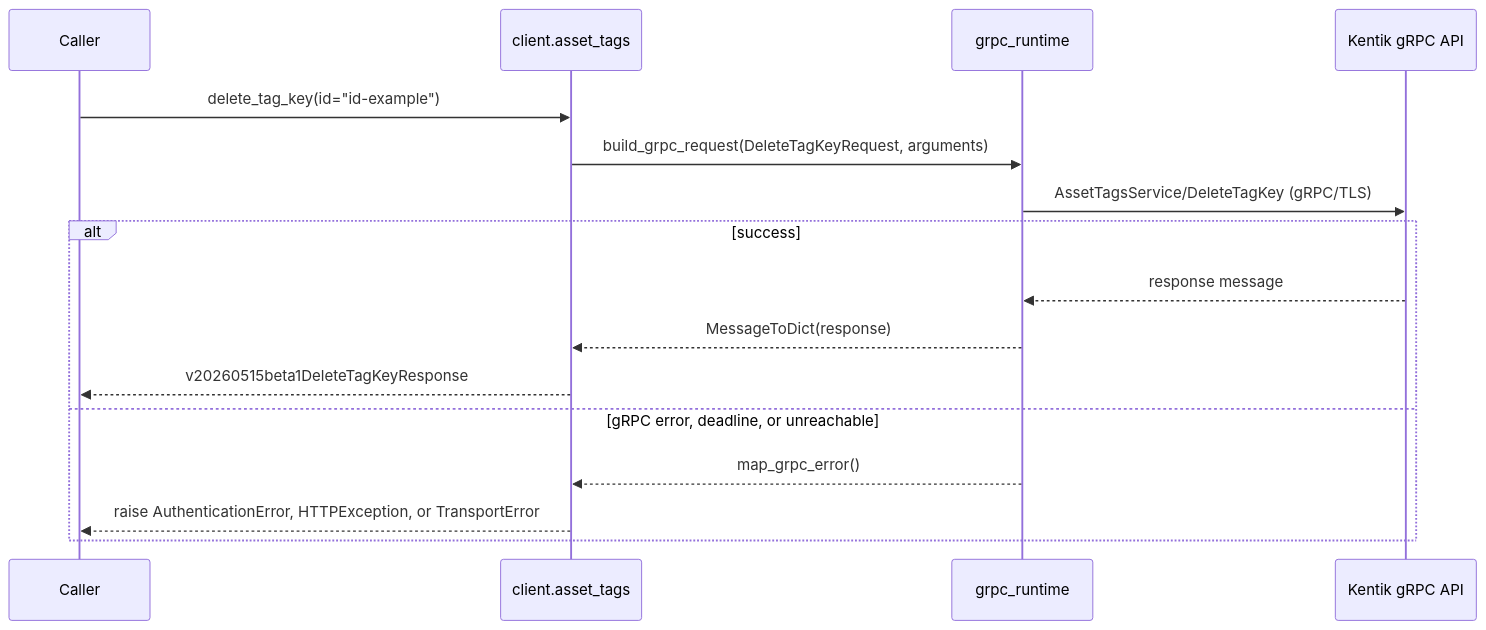
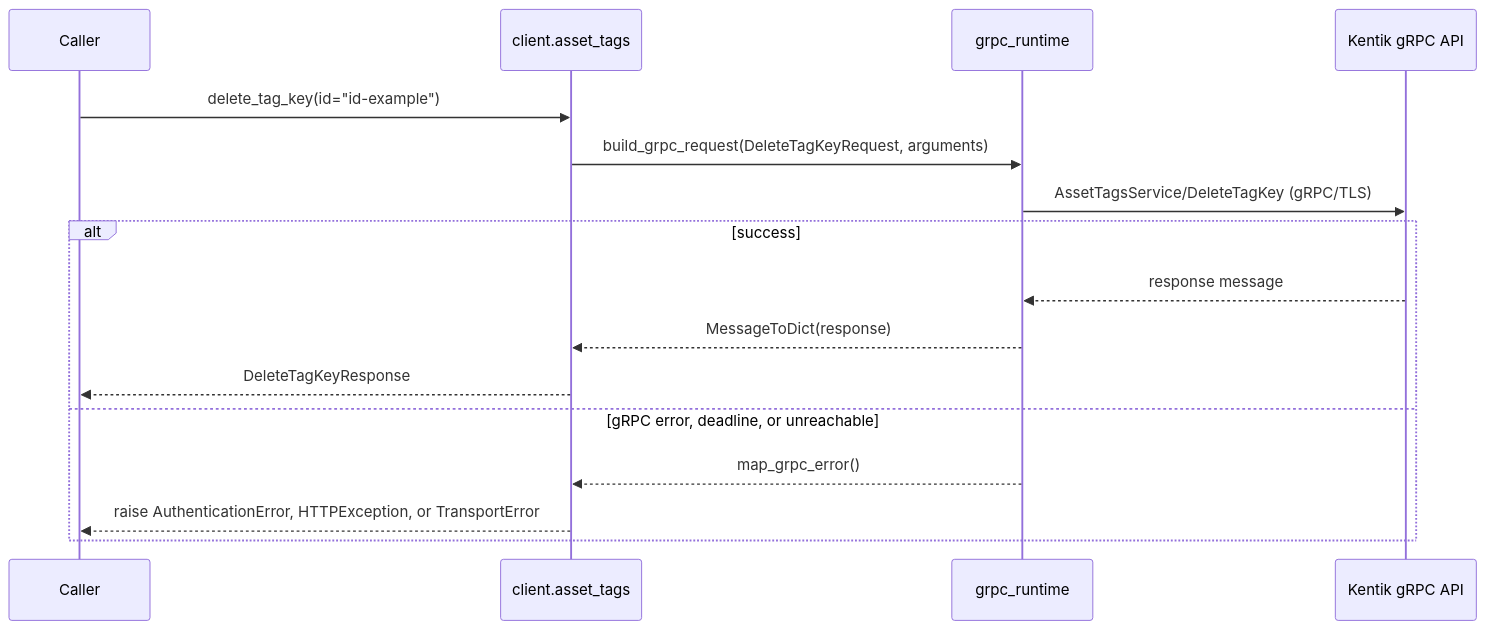
Before and after one commit to alexdearaujo/community_sdk_python: diagram 13 of 20 in docs/sphinx/services/asset_tags.md, drawn with Mermaid. The commit also changed other lines of this file and 38 other files, not shown here.

````diff
--- a/docs/sphinx/services/asset_tags.md
+++ b/docs/sphinx/services/asset_tags.md
@@ -435,19 +435,19 @@
 ```mermaid
 sequenceDiagram
     participant C as Caller
     participant W as client.asset_tags
     participant R as grpc_runtime
     participant API as Kentik gRPC API
 
     C->>W: delete_tag_key(id="id-example")
     W->>R: build_grpc_request(DeleteTagKeyRequest, arguments)
     R->>API: AssetTagsService/DeleteTagKey (gRPC/TLS)
     alt success
         API-->>R: response message
         R-->>W: MessageToDict(response)
-        W-->>C: v20260515beta1DeleteTagKeyResponse
+        W-->>C: DeleteTagKeyResponse
     else gRPC error, deadline, or unreachable
         R-->>W: map_grpc_error()
         W-->>C: raise AuthenticationError, HTTPException, or TransportError
     end
 ```
````
